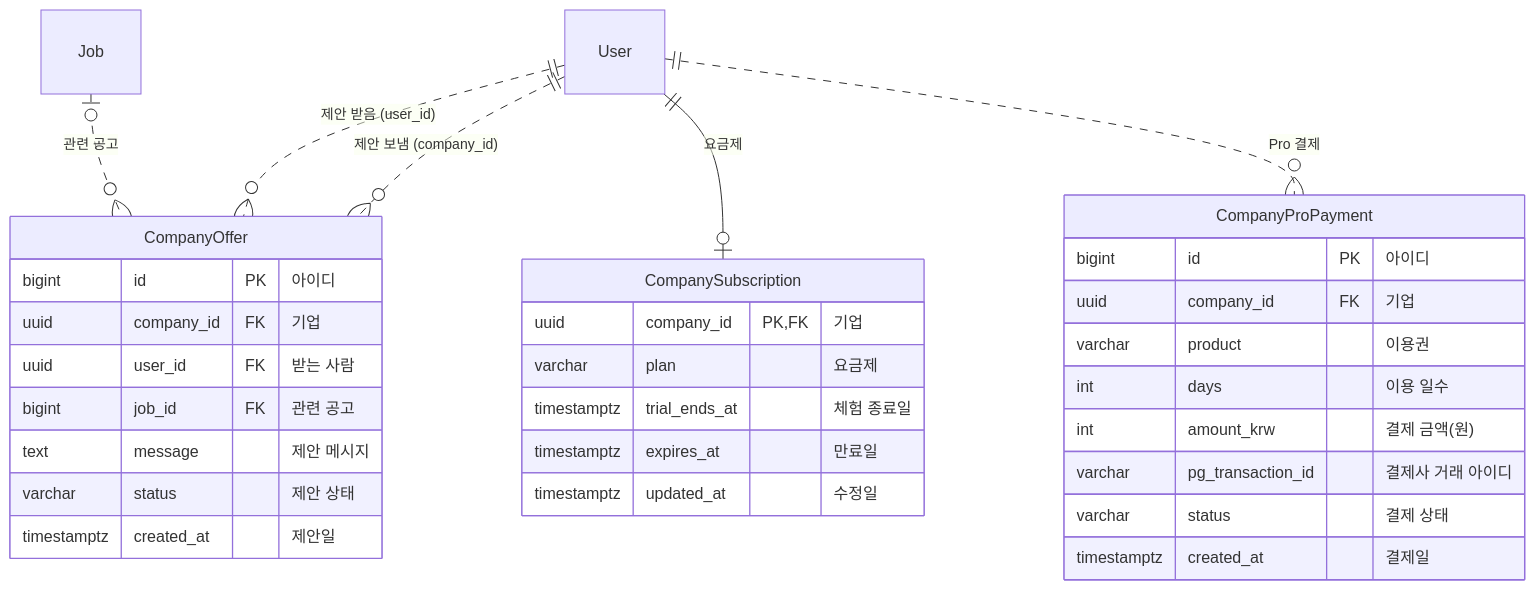
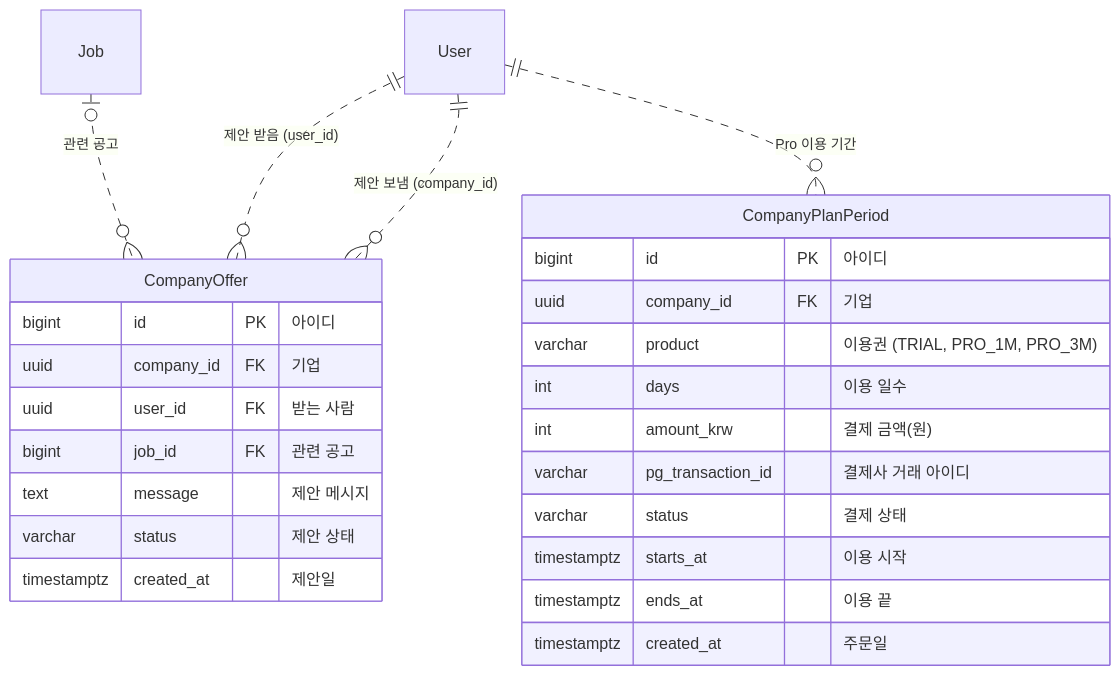
One commit to likelion-backendschool-9th/Resuit_Prj changed the seventh of 7 diagrams in docs/database-design.md. Above: the diagram before and after it, drawn with Mermaid. The commit also changed other lines of this file and 10 other files, not shown here.

First line of the commit message:
refactor: 기업 요금제를 company_plan_periods 한 테이블로 합치기

````diff
--- a/docs/database-design.md
+++ b/docs/database-design.md
@@ -467,35 +466,29 @@
 ```mermaid
 erDiagram
     User ||..o{ CompanyOffer : "제안 보냄 (company_id)"
     User ||..o{ CompanyOffer : "제안 받음 (user_id)"
     Job |o..o{ CompanyOffer : "관련 공고"
-    User ||--o| CompanySubscription : "요금제"
-    User ||..o{ CompanyProPayment : "Pro 결제"
+    User ||..o{ CompanyPlanPeriod : "Pro 이용 기간"
 
     CompanyOffer {
       bigint id PK "아이디"
       uuid company_id FK "기업"
       uuid user_id FK "받는 사람"
       bigint job_id FK "관련 공고"
       text message "제안 메시지"
       varchar status "제안 상태"
       timestamptz created_at "제안일"
     }
-    CompanySubscription {
-      uuid company_id PK, FK "기업"
-      varchar plan "요금제"
-      timestamptz trial_ends_at "체험 종료일"
-      timestamptz expires_at "만료일"
-      timestamptz updated_at "수정일"
-    }
-    CompanyProPayment {
+    CompanyPlanPeriod {
       bigint id PK "아이디"
       uuid company_id FK "기업"
-      varchar product "이용권"
+      varchar product "이용권 (TRIAL, PRO_1M, PRO_3M)"
       int days "이용 일수"
       int amount_krw "결제 금액(원)"
       varchar pg_transaction_id "결제사 거래 아이디"
       varchar status "결제 상태"
-      timestamptz created_at "결제일"
+      timestamptz starts_at "이용 시작"
+      timestamptz ends_at "이용 끝"
+      timestamptz created_at "주문일"
     }
 ```
````
